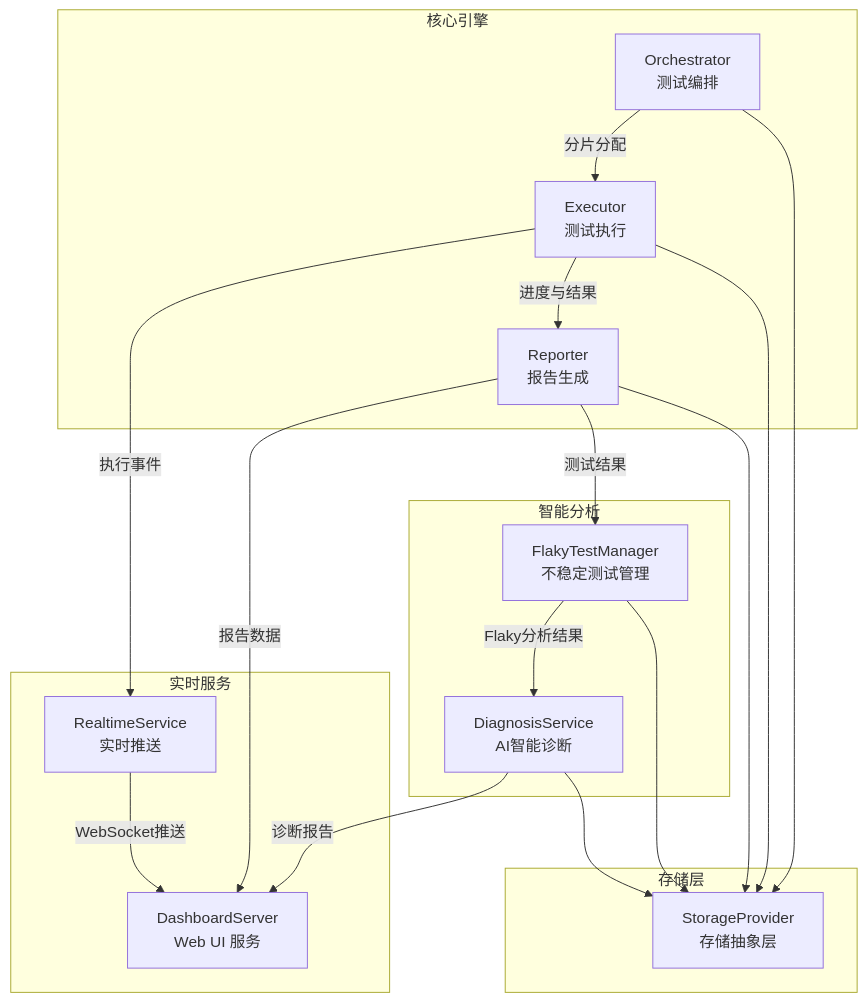
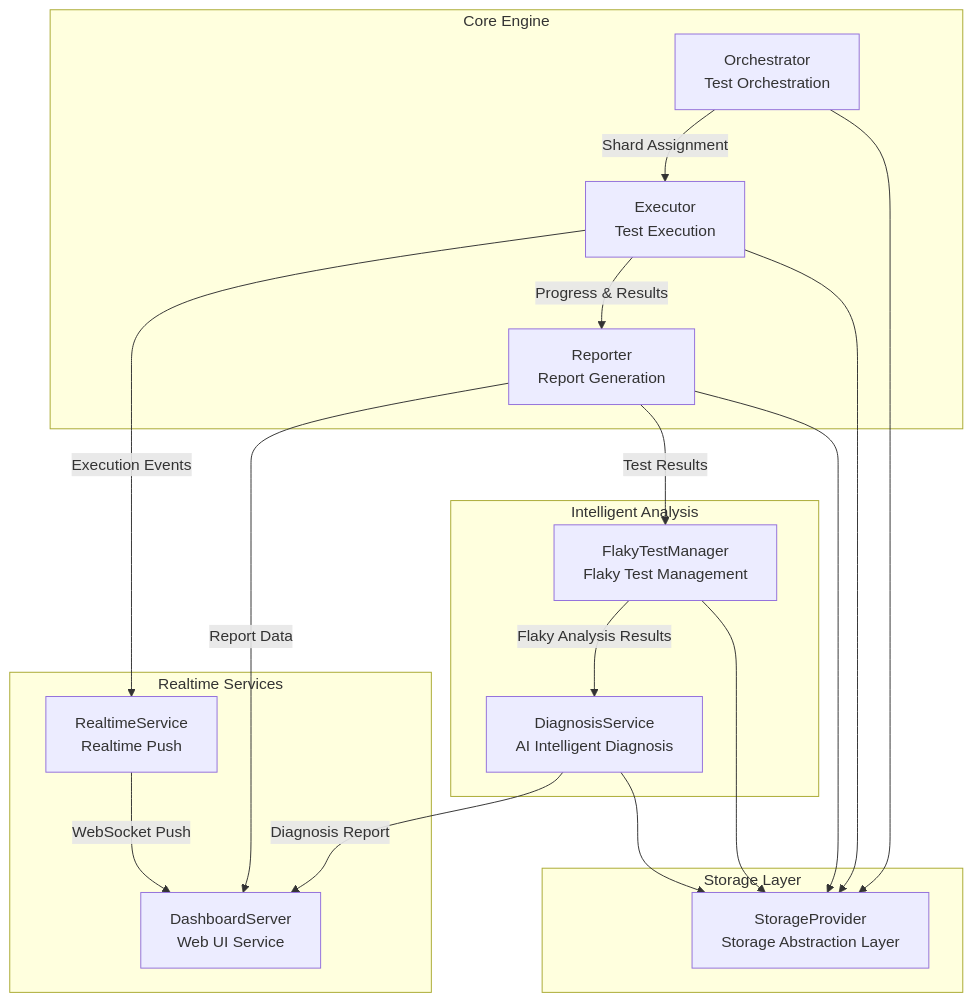
The first of 4 diagrams in documentation/architecture.md (yuandiv/yuantest-playwright), drawn with Mermaid before and after one commit. The commit also changed other lines of this file and 129 other files, not shown here.

````diff
--- a/documentation/architecture.md
+++ b/documentation/architecture.md
@@ -9,36 +9,36 @@
 ```mermaid
 graph TB
-    subgraph 核心引擎
-        ORC[Orchestrator<br/>测试编排]
-        EXE[Executor<br/>测试执行]
-        RPT[Reporter<br/>报告生成]
+    subgraph Core Engine
+        ORC[Orchestrator<br/>Test Orchestration]
+        EXE[Executor<br/>Test Execution]
+        RPT[Reporter<br/>Report Generation]
     end
 
-    subgraph 智能分析
-        FTM[FlakyTestManager<br/>不稳定测试管理]
-        DIA[DiagnosisService<br/>AI智能诊断]
+    subgraph Intelligent Analysis
+        FTM[FlakyTestManager<br/>Flaky Test Management]
+        DIA[DiagnosisService<br/>AI Intelligent Diagnosis]
     end
 
-    subgraph 实时服务
-        RTS[RealtimeService<br/>实时推送]
-        DSB[DashboardServer<br/>Web UI 服务]
+    subgraph Realtime Services
+        RTS[RealtimeService<br/>Realtime Push]
+        DSB[DashboardServer<br/>Web UI Service]
     end
 
-    subgraph 存储层
-        STO[StorageProvider<br/>存储抽象层]
+    subgraph Storage Layer
+        STO[StorageProvider<br/>Storage Abstraction Layer]
     end
 
-    ORC -->|分片分配| EXE
-    EXE -->|进度与结果| RPT
-    RPT -->|测试结果| FTM
-    FTM -->|Flaky分析结果| DIA
-    DIA -->|诊断报告| DSB
-    RPT -->|报告数据| DSB
-    EXE -->|执行事件| RTS
-    RTS -->|WebSocket推送| DSB
+    ORC -->|Shard Assignment| EXE
+    EXE -->|Progress & Results| RPT
+    RPT -->|Test Results| FTM
+    FTM -->|Flaky Analysis Results| DIA
+    DIA -->|Diagnosis Report| DSB
+    RPT -->|Report Data| DSB
+    EXE -->|Execution Events| RTS
+    RTS -->|WebSocket Push| DSB
     ORC --> STO
     EXE --> STO
     RPT --> STO
     FTM --> STO
     DIA --> STO
 ```
````
